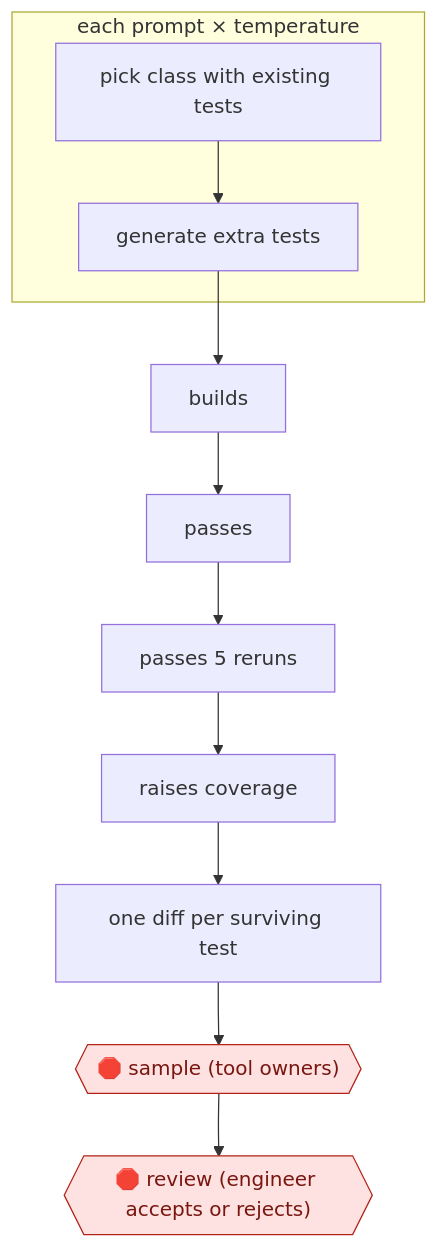
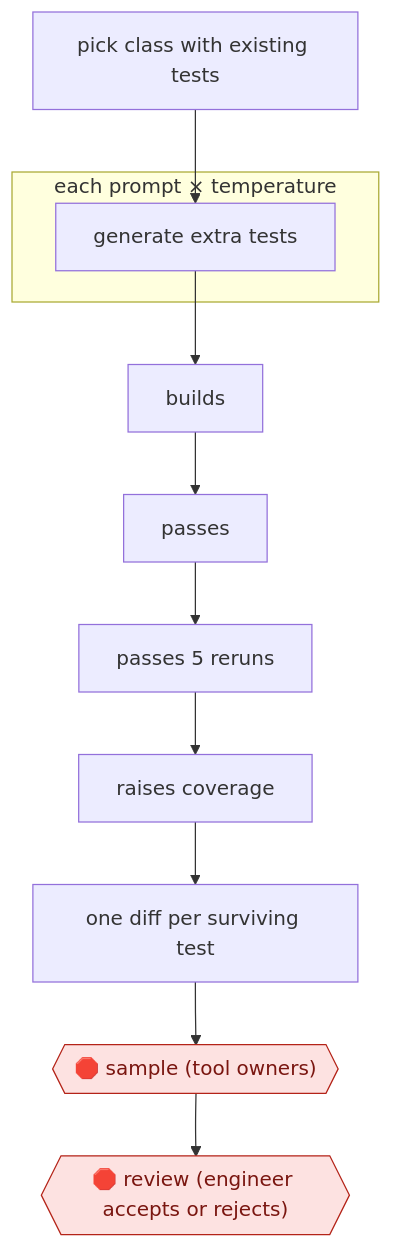
The diagram in workflows/TEC/SWE/TEST/filtered-test-augmentation/README.md (milesradford99/agent-workflow-atlas), drawn with Mermaid before and after one commit. The commit also changed other lines of this file and 171 other files, not shown here.

````diff
--- a/workflows/TEC/SWE/TEST/filtered-test-augmentation/README.md
+++ b/workflows/TEC/SWE/TEST/filtered-test-augmentation/README.md
@@ -31,23 +31,23 @@
 ```mermaid
 flowchart TD
   n1["pick class with existing tests"]
   subgraph s2["each prompt × temperature"]
   n3["generate extra tests"]
-  n1 --> n3
   end
   n4["builds"]
+  n5["passes"]
+  n6["passes 5 reruns"]
+  n7["raises coverage"]
+  n8["one diff per surviving test"]
+  n9{{"🛑 sample (tool owners)"}}:::stop
+  n10{{"🛑 review (engineer accepts or rejects)"}}:::stop
+  n1 --> n3
   n3 --> n4
-  n5["passes"]
   n4 --> n5
-  n6["passes 5 reruns"]
   n5 --> n6
-  n7["raises coverage"]
   n6 --> n7
-  n8["one diff per surviving test"]
   n7 --> n8
-  n9{{"🛑 sample (tool owners)"}}:::stop
   n8 --> n9
-  n10{{"🛑 review (engineer accepts or rejects)"}}:::stop
   n9 --> n10
   classDef stop fill:#fde2e1,stroke:#b42318,color:#7a1610
 ```
````
